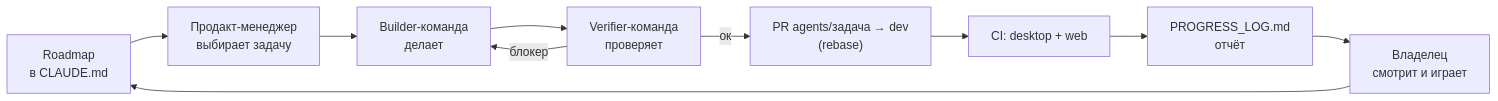
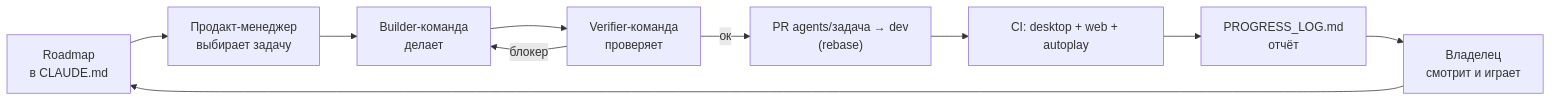
Before and after one commit to maratnek/claude-try-first: the first of 2 diagrams in docs/PROCESS.md, drawn with Mermaid. The commit also changed 6 other files, not shown here.

````diff
--- a/docs/PROCESS.md
+++ b/docs/PROCESS.md
@@ -21,12 +21,12 @@
 ```mermaid
 flowchart LR
     roadmap["Roadmap<br/>в CLAUDE.md"] --> pm["Продакт-менеджер<br/>выбирает задачу"]
     pm --> builder["Builder-команда<br/>делает"]
     builder --> verifier["Verifier-команда<br/>проверяет"]
     verifier -- "блокер" --> builder
     verifier -- "ок" --> pr["PR agents/задача → dev<br/>(rebase)"]
-    pr --> ci["CI: desktop + web"]
+    pr --> ci["CI: desktop + web + autoplay"]
     ci --> log["PROGRESS_LOG.md<br/>отчёт"]
     log --> owner["Владелец<br/>смотрит и играет"]
     owner --> roadmap
 ```
````
